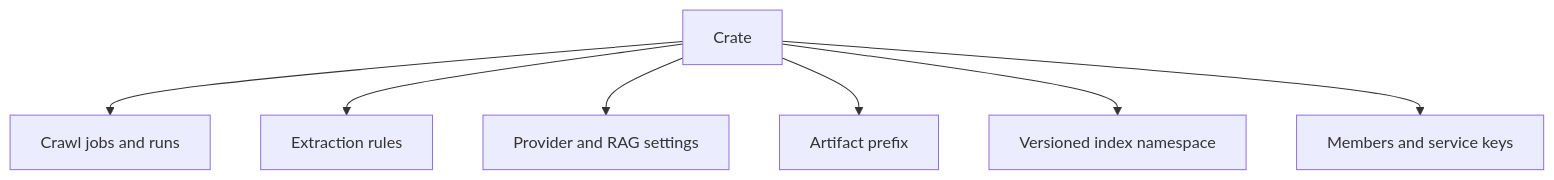
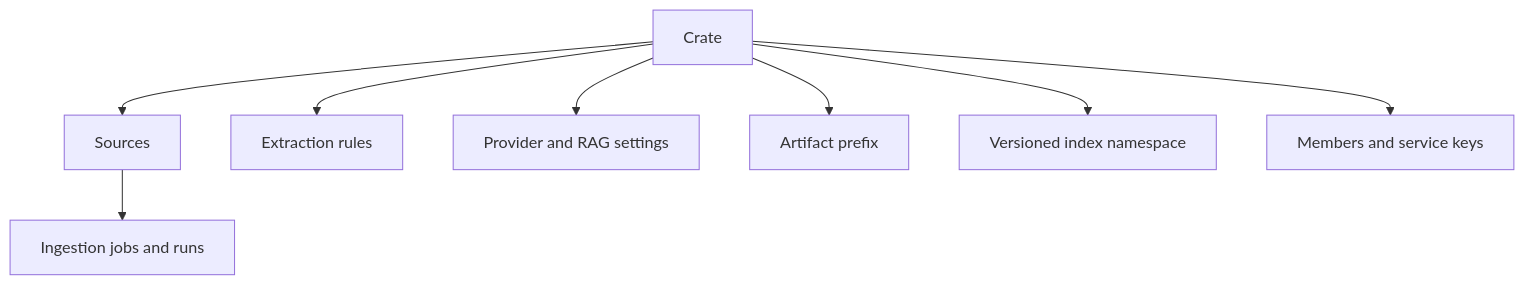
The first of 2 diagrams in docs/crates.md (wenisch-tech/ContextCrate), drawn with Mermaid before and after one commit. The commit also changed other lines of this file and 91 other files, not shown here.

Commit message:
feat: refactoring sources and ingestion

````diff
--- a/docs/crates.md
+++ b/docs/crates.md
@@ -11,9 +13,10 @@
 ```mermaid
 flowchart TB
-  C[Crate] --> J[Crawl jobs and runs]
+  C[Crate] --> S[Sources]
+  S --> J[Ingestion jobs and runs]
   C --> E[Extraction rules]
   C --> P[Provider and RAG settings]
   C --> A[Artifact prefix]
   C --> I[Versioned index namespace]
   C --> M[Members and service keys]
 ```
````
